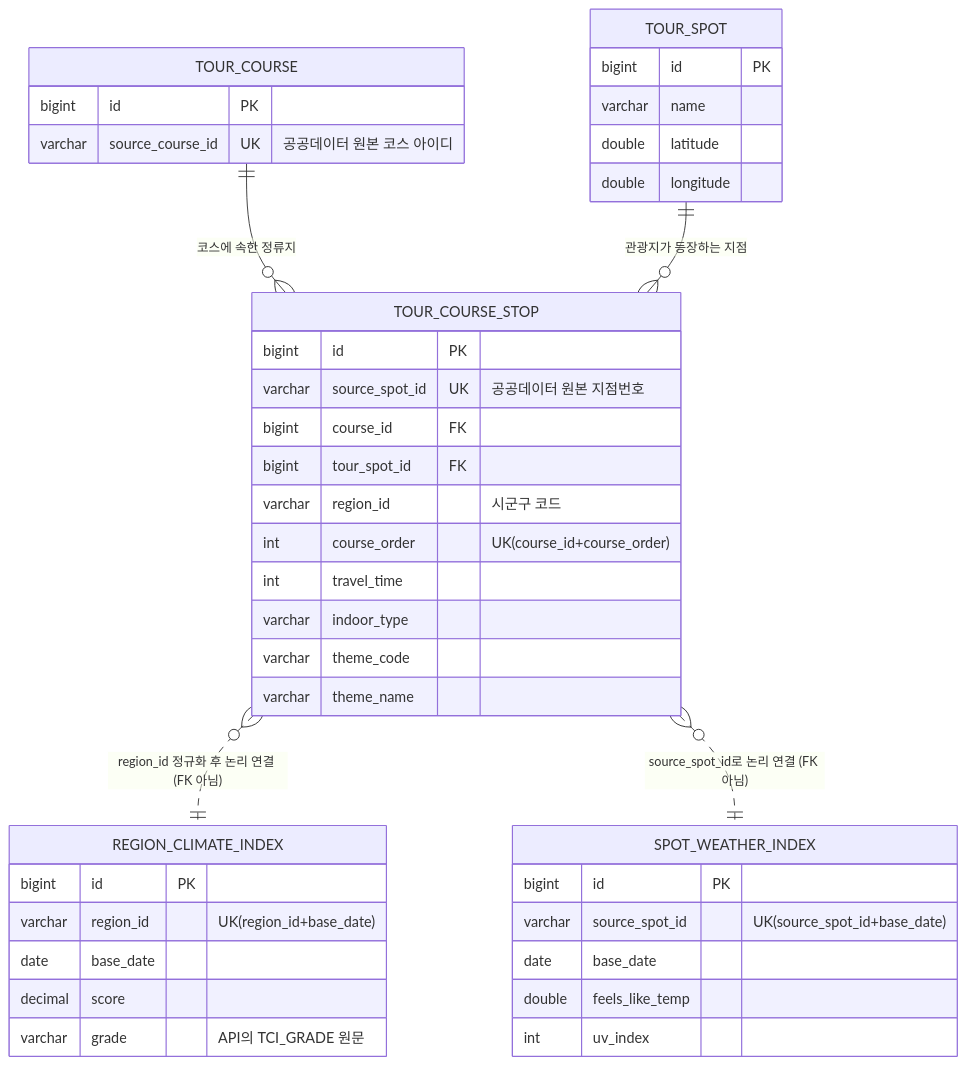
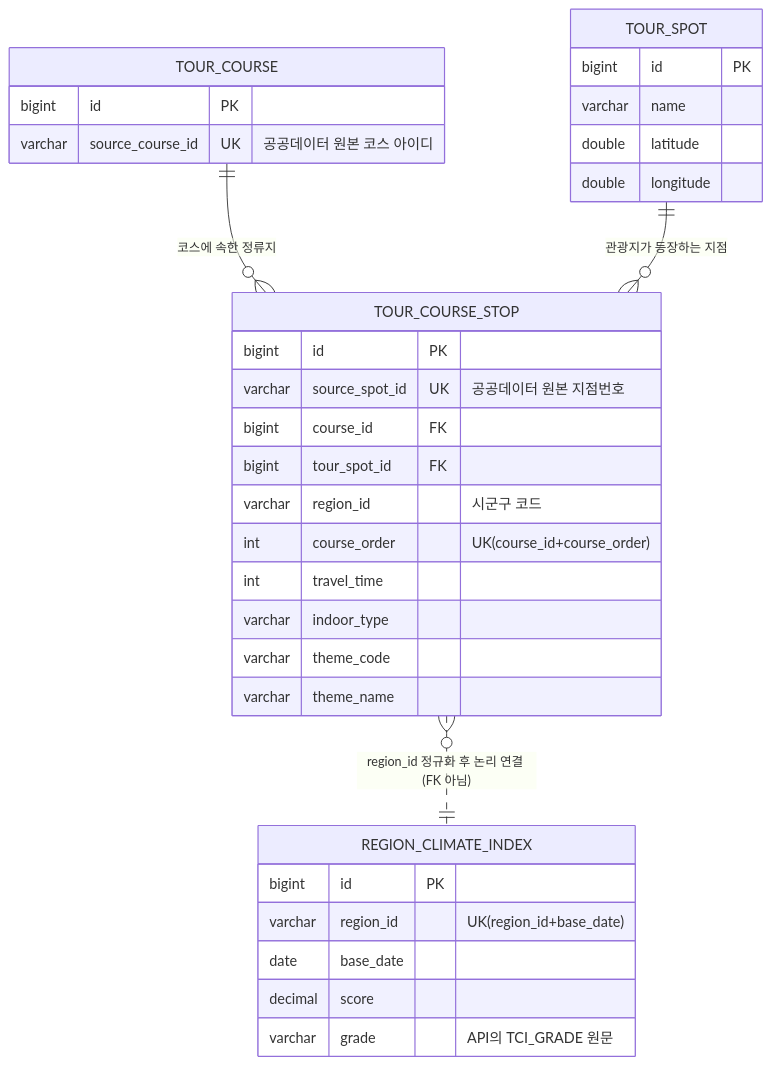
One commit to Pdar124/TripCast-was changed the diagram in docs/db-table-spec.md. Above: the diagram before and after it, drawn with Mermaid. The commit also changed other lines of this file and 2 other files, not shown here.

Commit message:
docs: spot_weather_index 삭제 내용 문서 반영

````diff
--- a/docs/db-table-spec.md
+++ b/docs/db-table-spec.md
@@ -8,48 +10,39 @@
 ```mermaid
 erDiagram
     TOUR_COURSE ||--o{ TOUR_COURSE_STOP : "코스에 속한 정류지"
     TOUR_SPOT ||--o{ TOUR_COURSE_STOP : "관광지가 등장하는 지점"
     TOUR_COURSE_STOP }o..|| REGION_CLIMATE_INDEX : "region_id 정규화 후 논리 연결 (FK 아님)"
-    TOUR_COURSE_STOP }o..|| SPOT_WEATHER_INDEX : "source_spot_id로 논리 연결 (FK 아님)"
 
     TOUR_SPOT {
         bigint id PK
         varchar name
         double latitude
         double longitude
     }
 
     TOUR_COURSE {
         bigint id PK
         varchar source_course_id UK "공공데이터 원본 코스 아이디"
     }
 
     TOUR_COURSE_STOP {
         bigint id PK
         varchar source_spot_id UK "공공데이터 원본 지점번호"
         bigint course_id FK
         bigint tour_spot_id FK
         varchar region_id "시군구 코드"
         int course_order "UK(course_id+course_order)"
         int travel_time
         varchar indoor_type
         varchar theme_code
         varchar theme_name
     }
 
     REGION_CLIMATE_INDEX {
         bigint id PK
         varchar region_id "UK(region_id+base_date)"
         date base_date
         decimal score
         varchar grade "API의 TCI_GRADE 원문"
     }
-
-    SPOT_WEATHER_INDEX {
-        bigint id PK
-        varchar source_spot_id "UK(source_spot_id+base_date)"
-        date base_date
-        double feels_like_temp
-        int uv_index
-    }
 ```
````
